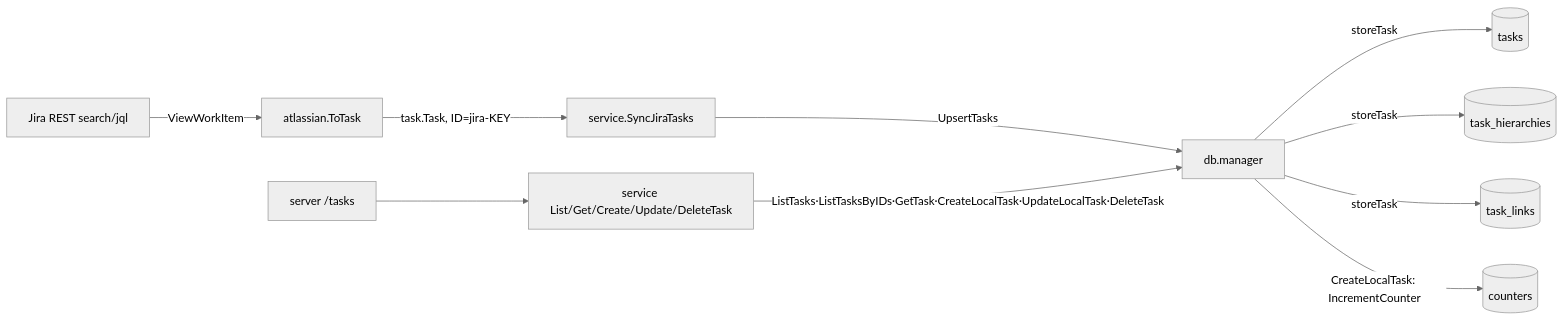
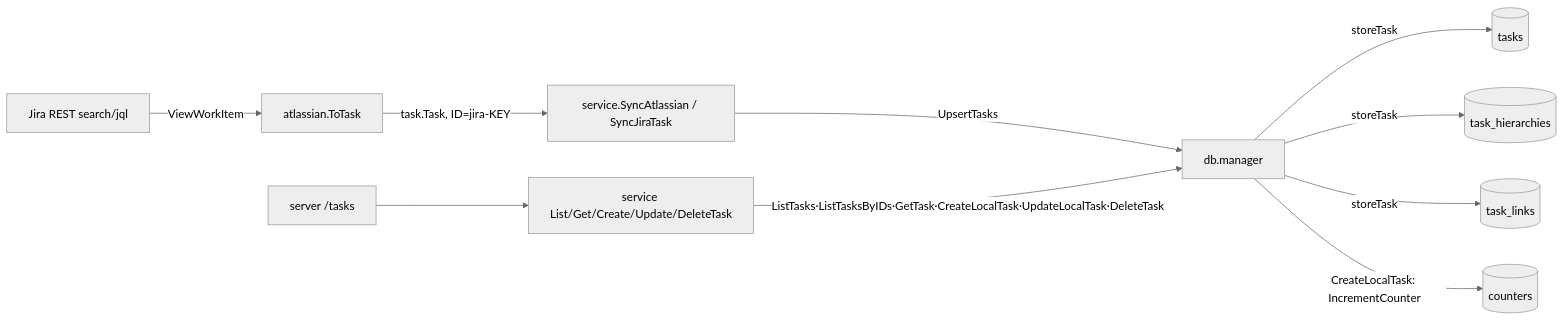
Before and after one commit to byron1st/wharf: the diagram in docs/agents/research/task-id-and-relations.md, drawn with Mermaid (neutral theme). The commit also changed 63 other files, not shown here.

````diff
--- a/docs/agents/research/task-id-and-relations.md
+++ b/docs/agents/research/task-id-and-relations.md
@@ -13,12 +13,12 @@
 ```mermaid
 flowchart LR
     jira[Jira REST search/jql] -->|ViewWorkItem| totask[atlassian.ToTask]
-    totask -->|task.Task, ID=jira-KEY| svc[service.SyncJiraTasks]
+    totask -->|task.Task, ID=jira-KEY| svc[service.SyncAtlassian / SyncJiraTask]
     svc -->|UpsertTasks| db[db.manager]
     db -->|storeTask| tasks[(tasks)]
     db -->|storeTask| h[(task_hierarchies)]
     db -->|storeTask| l[(task_links)]
     db -->|CreateLocalTask: IncrementCounter| c[(counters)]
     api[server /tasks] --> svc2[service List/Get/Create/Update/DeleteTask]
     svc2 -->|ListTasks·ListTasksByIDs·GetTask·CreateLocalTask·UpdateLocalTask·DeleteTask| db
 ```
````
